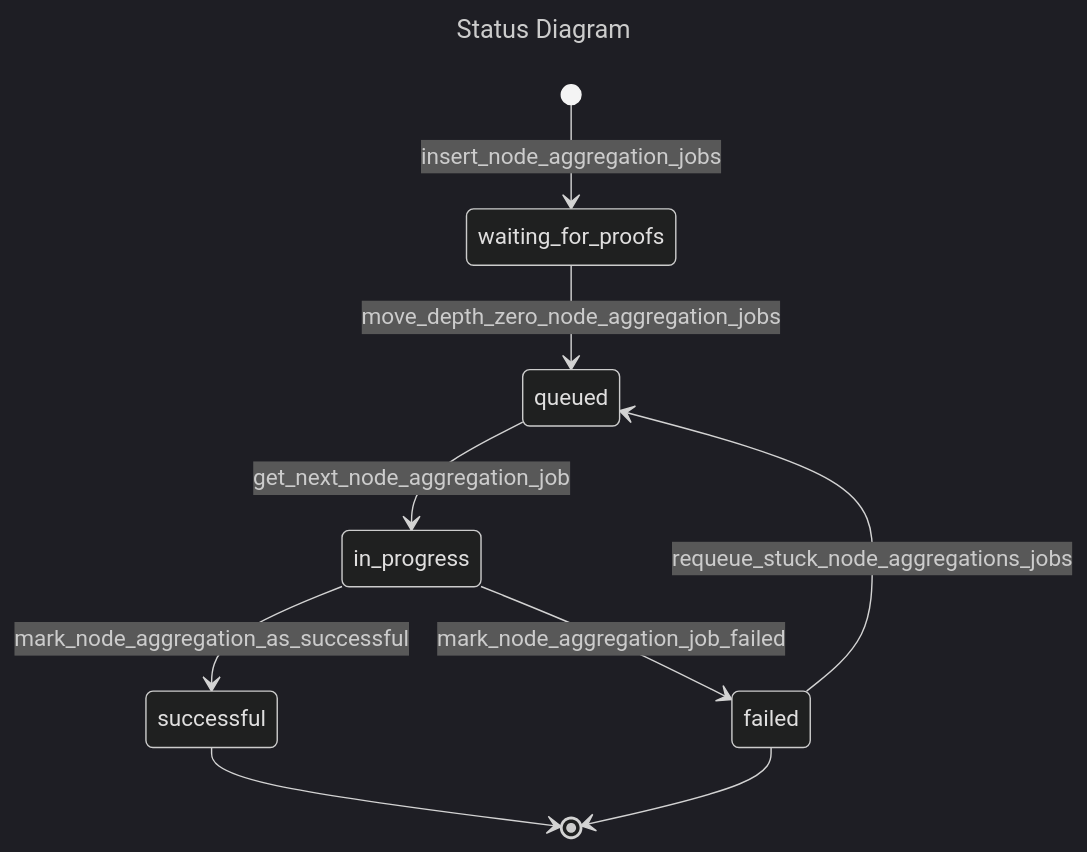
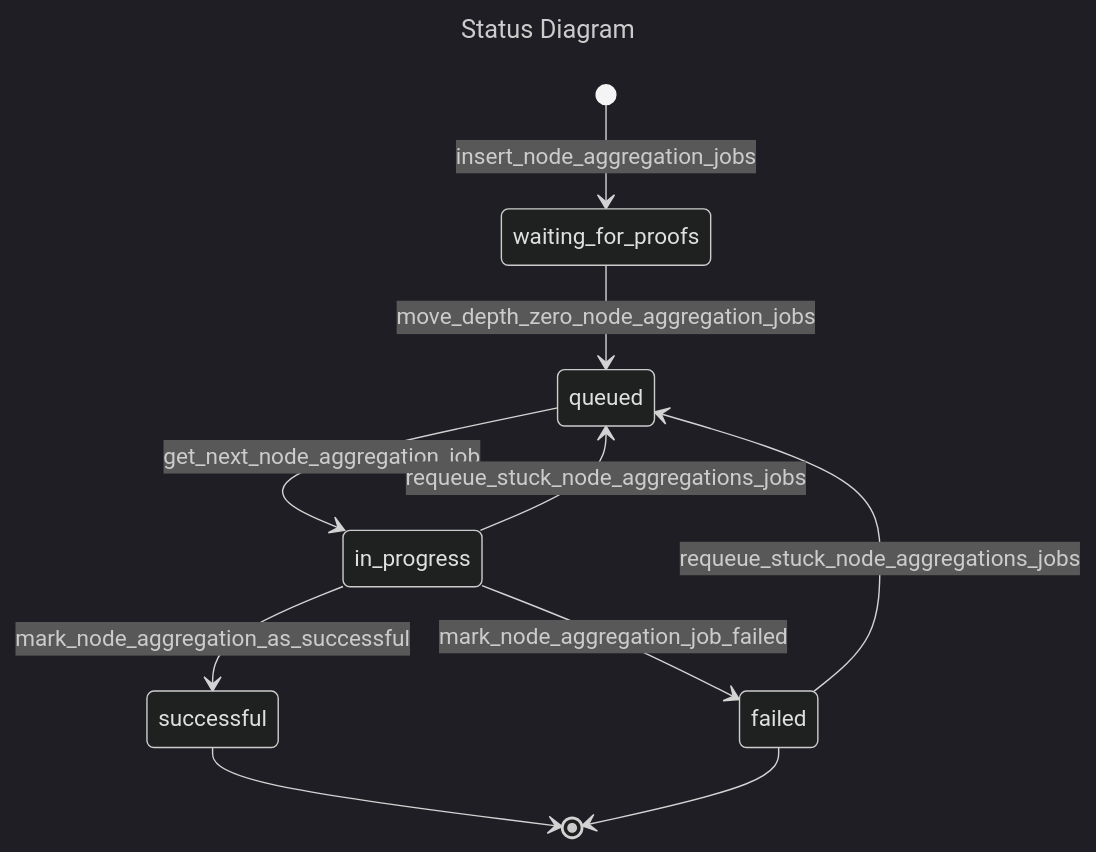
The third of 4 diagrams in core/lib/dal/doc/FriWitnessGeneratorDal.md (matter-labs/zksync-era), drawn with Mermaid (dark theme) before and after one commit. The commit also changed other lines of this file and 2 other files, not shown here.

````diff
--- a/core/lib/dal/doc/FriWitnessGeneratorDal.md
+++ b/core/lib/dal/doc/FriWitnessGeneratorDal.md
@@ -54,15 +57,16 @@
 ```mermaid
 ---
 title: Status Diagram
 ---
 stateDiagram-v2
 [*] --> waiting_for_proofs : insert_node_aggregation_jobs
 waiting_for_proofs --> queued : move_depth_zero_node_aggregation_jobs
     queued --> in_progress : get_next_node_aggregation_job
 in_progress --> successful : mark_node_aggregation_as_successful
 successful --> [*] 
 in_progress --> failed : mark_node_aggregation_job_failed
 failed --> [*]
 failed --> queued : requeue_stuck_node_aggregations_jobs
+in_progress --> queued : requeue_stuck_node_aggregations_jobs
 
 ```
````
